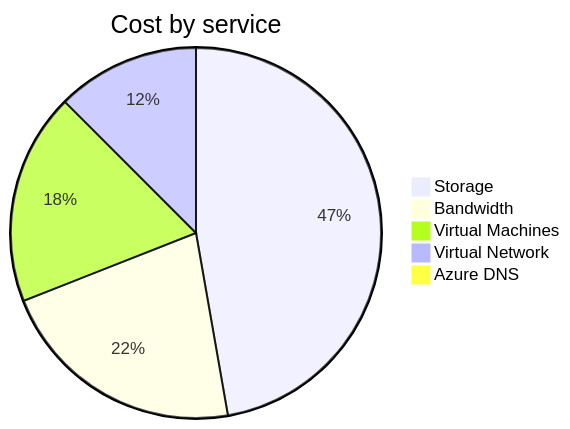
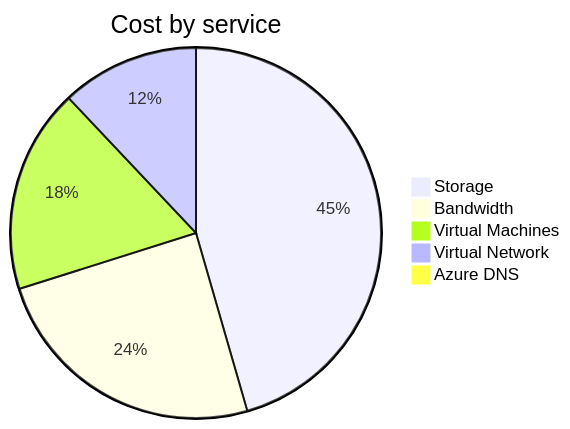
Before and after one commit to jpfulton/azure-personal-reports: the second of 4 diagrams in cost-reports/personal-network/README.md, drawn with Mermaid. The commit also changed other lines of this file and 8 other files, not shown here.

````diff
--- a/cost-reports/personal-network/README.md
+++ b/cost-reports/personal-network/README.md
@@ -95,9 +95,9 @@
 ```mermaid
 pie
    title Cost by service
-   "Storage" : 21.74
-   "Bandwidth" : 10.03
-   "Virtual Machines" : 8.50
-   "Virtual Network" : 5.75
-   "Azure DNS" : 0.39
+   "Storage" : 22.62
+   "Bandwidth" : 12.22
+   "Virtual Machines" : 8.86
+   "Virtual Network" : 5.98
+   "Azure DNS" : 0.40
 ```
````
